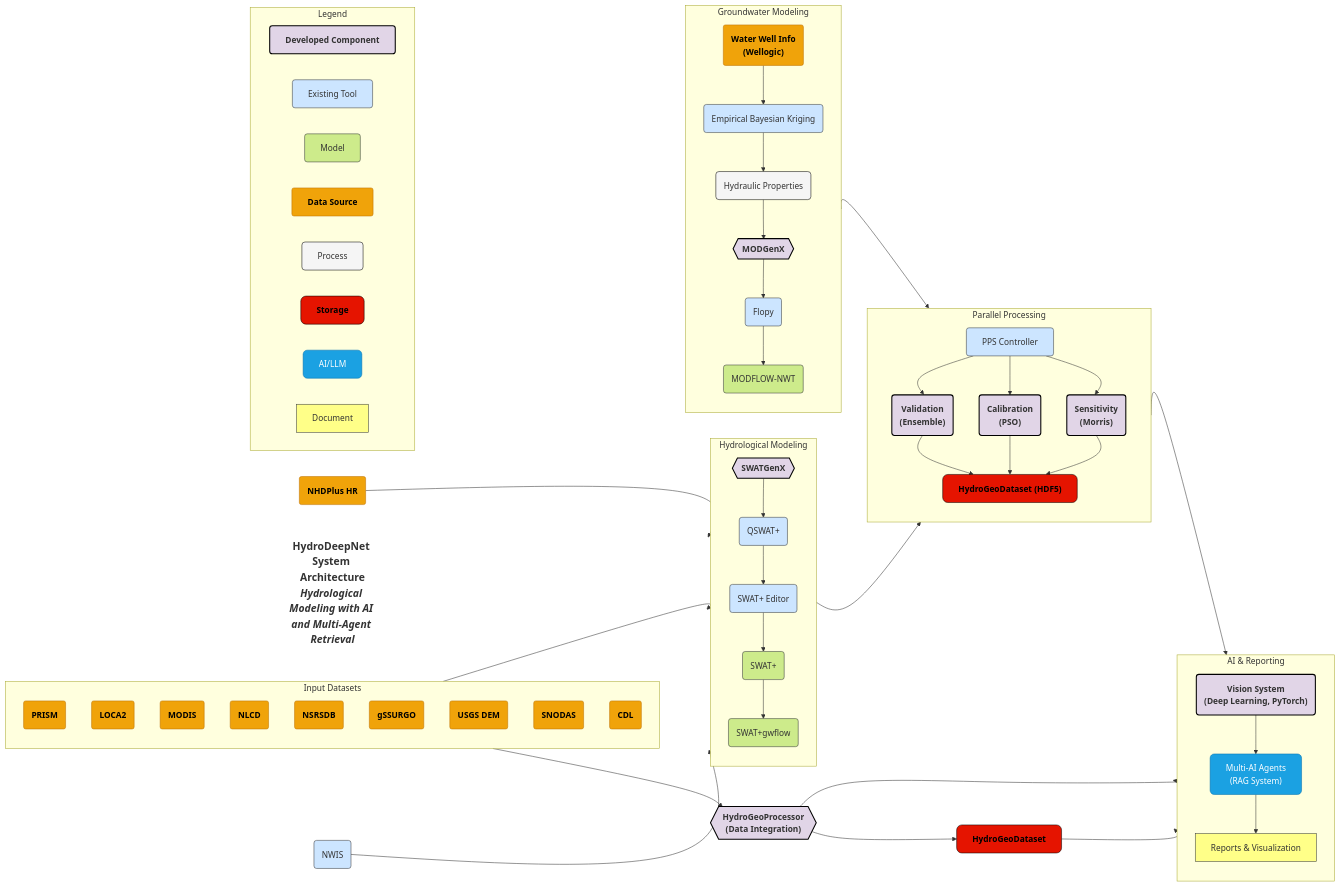
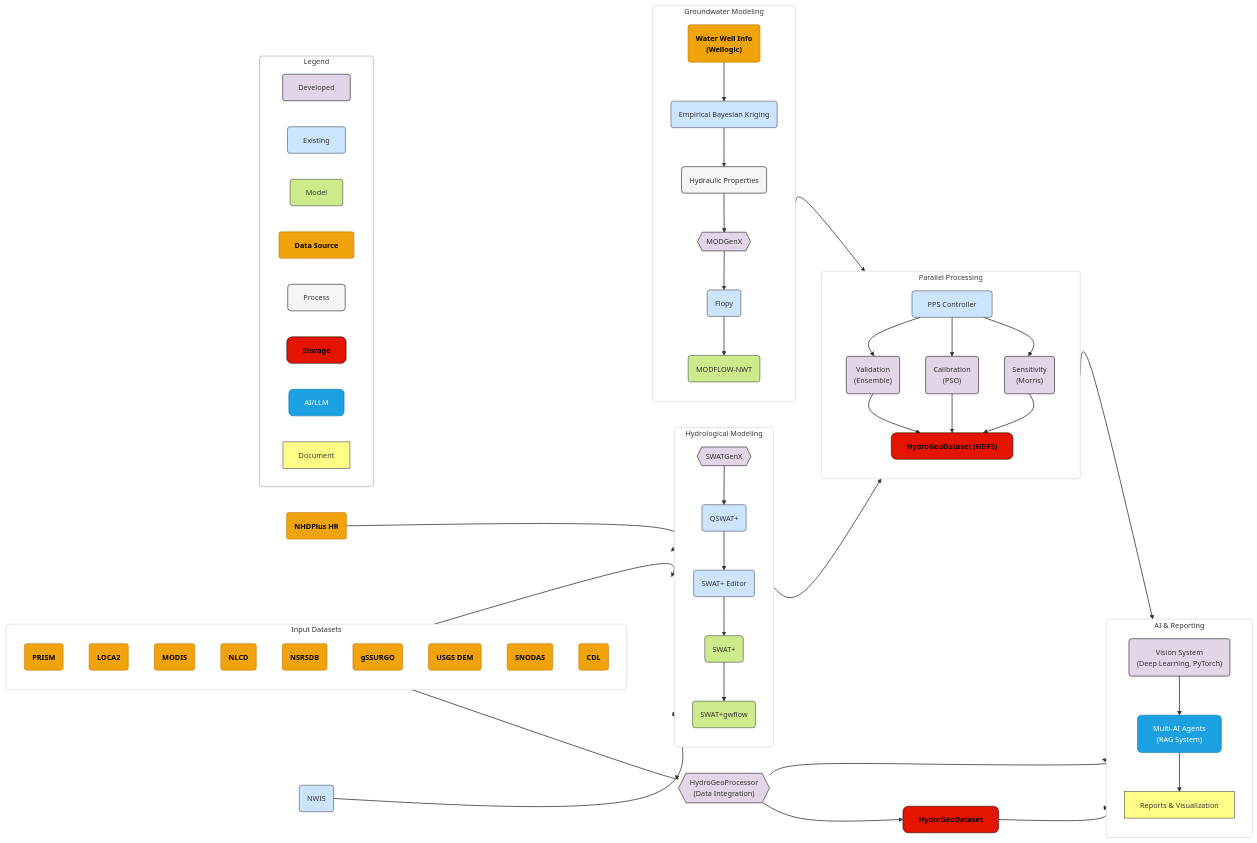
Before and after one commit to VahidMSU/HydroDeepNet: the diagram in README.md, drawn with Mermaid.

Commit message:
Fix Mermaid rendering issue

````diff
--- a/README.md
+++ b/README.md
@@ -1,131 +1,164 @@
 ```mermaid
-%%{init: {'theme': 'default', 'flowchart': {'curve': 'natural', 'diagramPadding': 20}, 'themeVariables': {'fontSize': '16px', 'fontFamily': 'arial'}}}%%
+%%{init: {
+  'theme': 'default',
+  'flowchart': {
+    'curve': 'natural',
+    'diagramPadding': 10
+  },
+  'themeVariables': {
+    'fontSize': '14px',
+    'fontFamily': 'arial'
+  }
+}}%%
 graph LR
-    title["<b>HydroDeepNet System Architecture</b><br><i>Hydrological Modeling with AI and Multi-Agent Retrieval</i>"]:::title
+linkStyle default stroke:#333,stroke-width:1.5px
 
-    %% 1. INPUT DATASETS
-    subgraph Input_Datasets["Input Datasets"]
-    direction TB
-        PRISM("PRISM"):::datasource
-        LOCA2("LOCA2"):::datasource
-        MODIS("MODIS"):::datasource
-        NLCD("NLCD"):::datasource
-        NSRSDB("NSRSDB"):::datasource
-        gSSURGO("gSSURGO"):::datasource
-        USGSDEM("USGS DEM"):::datasource
-        SNODAS("SNODAS"):::datasource
-        CDL("CDL"):::datasource
-    end
+%% ---------------------
+%% 1. INPUT DATASETS
+%% ---------------------
+subgraph Input_Datasets["Input Datasets"]
+direction TB
+    PRISM("PRISM"):::datasource
+    LOCA2("LOCA2"):::datasource
+    MODIS("MODIS"):::datasource
+    NLCD("NLCD"):::datasource
+    NSRSDB("NSRSDB"):::datasource
+    gSSURGO("gSSURGO"):::datasource
+    USGSDEM("USGS DEM"):::datasource
+    SNODAS("SNODAS"):::datasource
+    CDL("CDL"):::datasource
+end
 
-    %% 2. DATA INTEGRATION
-    HydroGeoProcessor{{"HydroGeoProcessor<br>(Data Integration)"}}:::developed
-    hydroGeoDatasetCyl["HydroGeoDataset"]:::storage
+%% Data Integration
+HydroGeoProcessor{{"HydroGeoProcessor<br>(Data Integration)"}}:::developed
+hydroGeoDatasetCyl["HydroGeoDataset"]:::storage
 
-    %% Additional Data Inputs
-    NWIS("NWIS"):::existing
-    NHDPlusHR("NHDPlus HR"):::datasource
+%% Additional Data Inputs
+NWIS("NWIS"):::existing
+NHDPlusHR("NHDPlus HR"):::datasource
 
-    %% 3. HYDROLOGICAL MODELING
-    subgraph Hydrological_Modeling["Hydrological Modeling"]
-    direction TB
-        SWATGenX{{SWATGenX}}:::developed
-        QSWATPlus("QSWAT+"):::existing
-        SWATPlusEditor("SWAT+ Editor"):::existing
-        SWATPlus("SWAT+"):::models
-        SWATPlusGwflow("SWAT+gwflow"):::models
-    end
+%% ---------------------
+%% 2. HYDROLOGICAL MODELING
+%% ---------------------
+subgraph Hydrological_Modeling["Hydrological Modeling"]
+direction TB
+    SWATGenX{{SWATGenX}}:::developed
+    QSWATPlus("QSWAT+"):::existing
+    SWATPlusEditor("SWAT+ Editor"):::existing
+    SWATPlus("SWAT+"):::models
+    SWATPlusGwflow("SWAT+gwflow"):::models
+end
 
-    %% GROUNDWATER MODELING
-    subgraph Groundwater_Modeling["Groundwater Modeling"]
-    direction TB
-        WellInfo("Water Well Info<br>(Wellogic)"):::datasource
-        EBK("Empirical Bayesian Kriging"):::existing
-        HydraulicProps("Hydraulic Properties"):::process
-        MODGenX{{MODGenX}}:::developed
-        Flopy("Flopy"):::existing
-        MODFLOWNWT("MODFLOW-NWT"):::models
-    end
+%% ---------------------
+%% 3. GROUNDWATER MODELING
+%% ---------------------
+subgraph Groundwater_Modeling["Groundwater Modeling"]
+direction TB
+    WellInfo("Water Well Info<br>(Wellogic)"):::datasource
+    EBK("Empirical Bayesian Kriging"):::existing
+    HydraulicProps("Hydraulic Properties"):::process
+    MODGenX{{MODGenX}}:::developed
+    Flopy("Flopy"):::existing
+    MODFLOWNWT("MODFLOW-NWT"):::models
+end
 
-    %% 4. PARALLEL PROCESSING
-    subgraph Parallel_Processing["Parallel Processing"]
-    direction TB
-        PPS["PPS Controller"]:::existing
-        Validation("Validation<br>(Ensemble)"):::developed
-        Calibration("Calibration<br>(PSO)"):::developed
-        Sensitivity("Sensitivity<br>(Morris)"):::developed
-        hydroGeoHDFCyl["HydroGeoDataset (HDF5)"]:::storage
-    end
+%% ---------------------
+%% 4. PARALLEL PROCESSING
+%% ---------------------
+subgraph Parallel_Processing["Parallel Processing"]
+direction TB
+    PPS["PPS Controller"]:::existing
+    Validation("Validation<br>(Ensemble)"):::developed
+    Calibration("Calibration<br>(PSO)"):::developed
+    Sensitivity("Sensitivity<br>(Morris)"):::developed
+    hydroGeoHDFCyl["HydroGeoDataset (HDF5)"]:::storage
+end
 
-    %% 5. AI & REPORTING
-    subgraph AI_Reporting["AI & Reporting"]
-    direction TB
-        VisionSystem("Vision System<br>(Deep Learning, PyTorch)"):::developed
-        MultiAI["Multi-AI Agents<br>(RAG System)"]:::llm
-        Reports["Reports & Visualization"]:::document
-    end
+%% ---------------------
+%% 5. AI & REPORTING
+%% ---------------------
+subgraph AI_Reporting["AI & Reporting"]
+direction TB
+    VisionSystem("Vision System<br>(Deep Learning, PyTorch)"):::developed
+    MultiAI["Multi-AI Agents<br>(RAG System)"]:::llm
+    Reports["Reports & Visualization"]:::document
+end
 
-    %% ---- EDGES / CONNECTIONS ----
+%% ---------------------
+%% EDGES / CONNECTIONS
+%% ---------------------
+%% (A) Input -> Processor
+Input_Datasets --> HydroGeoProcessor
+HydroGeoProcessor --> hydroGeoDatasetCyl
 
-    %% (A) Input to Data Processor
-    Input_Datasets --> HydroGeoProcessor
-    HydroGeoProcessor --> hydroGeoDatasetCyl
+%% (B) Additional Data -> SWATGenX
+Input_Datasets --> SWATGenX
+NWIS --> SWATGenX
+NHDPlusHR --> SWATGenX
 
-    %% (B) Data to SWATGenX
-    Input_Datasets --> SWATGenX
-    NWIS --> SWATGenX
-    NHDPlusHR --> SWATGenX
+%% (C) Hydrological Modeling Flow
+SWATGenX --> QSWATPlus
+QSWATPlus --> SWATPlusEditor
+SWATPlusEditor --> SWATPlus
+SWATPlus --> SWATPlusGwflow
 
-    %% (C) Hydrological Modeling Flow
-    SWATGenX --> QSWATPlus
-    QSWATPlus --> SWATPlusEditor
-    SWATPlusEditor --> SWATPlus
-    SWATPlus --> SWATPlusGwflow
+%% (D) Groundwater Modeling Flow
+WellInfo --> EBK
+EBK --> HydraulicProps
+HydraulicProps --> MODGenX
+MODGenX --> Flopy
+Flopy --> MODFLOWNWT
 
-    %% (D) Groundwater Modeling Flow
-    WellInfo --> EBK
-    EBK --> HydraulicProps
-    HydraulicProps --> MODGenX
-    MODGenX --> Flopy
-    Flopy --> MODFLOWNWT
+%% (E) Parallel Processing Flow
+SWATPlusGwflow --> PPS
+MODFLOWNWT --> PPS
+PPS --> Validation
+PPS --> Calibration
+PPS --> Sensitivity
+Validation --> hydroGeoHDFCyl
+Calibration --> hydroGeoHDFCyl
+Sensitivity --> hydroGeoHDFCyl
 
-    %% (E) Parallel Processing Flow
-    SWATPlusGwflow --> PPS
-    MODFLOWNWT --> PPS
-    PPS --> Validation
-    PPS --> Calibration
-    PPS --> Sensitivity
-    Validation --> hydroGeoHDFCyl
-    Calibration --> hydroGeoHDFCyl
-    Sensitivity --> hydroGeoHDFCyl
+%% (F) AI & Reporting Flow
+hydroGeoDatasetCyl --> VisionSystem
+VisionSystem --> MultiAI
+hydroGeoHDFCyl --> MultiAI
+HydroGeoProcessor --> MultiAI
+MultiAI --> Reports
 
-    %% (F) AI & Reporting Flow
-    hydroGeoDatasetCyl --> VisionSystem
-    VisionSystem --> MultiAI
-    hydroGeoHDFCyl --> MultiAI
-    HydroGeoProcessor --> MultiAI
-    MultiAI --> Reports
+%% ---------------------
+%% LEGEND (SMALLER BOX)
+%% ---------------------
+subgraph Legend["Legend"]
+direction LR
+DevComp["Developed"]:::developed
+ExistTool["Existing"]:::existing
+ModelNode["Model"]:::models
+DataSrc["Data Source"]:::datasource
+ProcNode["Process"]:::process
+StorNode["Storage"]:::storage
+AIComp["AI/LLM"]:::llm
+DocNode["Document"]:::document
+end
 
-    %% LEGEND
-    subgraph Legend["Legend"]
-    direction LR
-        dev["Developed Component"]:::developed
-        ex["Existing Tool"]:::existing
-        mod["Model"]:::models
-        ds["Data Source"]:::datasource
-        proc["Process"]:::process
-        stor["Storage"]:::storage
-        ai["AI/LLM"]:::llm
-        doc["Document"]:::document
-    end
+%% Minimal styling for subgraphs
+style Input_Datasets fill:#fff,stroke:#ccc,stroke-width:1px,rx:5,ry:5
+style Hydrological_Modeling fill:#fff,stroke:#ccc,stroke-width:1px,rx:5,ry:5
+style Groundwater_Modeling fill:#fff,stroke:#ccc,stroke-width:1px,rx:5,ry:5
+style Parallel_Processing fill:#fff,stroke:#ccc,stroke-width:1px,rx:5,ry:5
+style AI_Reporting fill:#fff,stroke:#ccc,stroke-width:1px,rx:5,ry:5
+style Legend fill:#fff,stroke:#999,stroke-width:1px,rx:5,ry:5
 
-    %% STYLING
-    classDef title font-size:20px,fill:none,stroke:none,font-weight:bold,text-align:center
-    classDef developed fill:#e1d5e7,stroke:#000000,stroke-width:2px,rx:5,ry:5,font-weight:bold
-    classDef existing fill:#cce5ff,stroke:#36393d,stroke-width:1px,rx:5,ry:5
-    classDef models fill:#cdeb8b,stroke:#36393d,stroke-width:1px,rx:5,ry:5
-    classDef datasource fill:#f0a30a,stroke:#BD7000,stroke-width:1px,rx:4,ry:4,color:#000000,font-weight:bold
-    classDef process fill:#f5f5f5,stroke:#000000,stroke-width:1px,rx:6,ry:6
-    classDef storage fill:#e51400,stroke:#000000,stroke-width:1px,rx:10,ry:10,color:#000000,font-weight:bold
-    classDef llm fill:#1ba1e2,stroke:#006EAF,stroke-width:1px,rx:8,ry:8,color:white
-    classDef document fill:#ffff88,stroke:#36393d,stroke-width:1px
+%% Title styling
+classDef title font-size:18px,fill:none,stroke:none,font-weight:bold,text-align:center
+
+%% Node class styling
+classDef developed fill:#e1d5e7,stroke:#000000,stroke-width:1px,rx:5,ry:5
+classDef existing fill:#cce5ff,stroke:#36393d,stroke-width:1px,rx:5,ry:5
+classDef models fill:#cdeb8b,stroke:#36393d,stroke-width:1px,rx:5,ry:5
+classDef datasource fill:#f0a30a,stroke:#BD7000,stroke-width:1px,rx:4,ry:4,color:#000000,font-weight:bold
+classDef process fill:#f5f5f5,stroke:#000000,stroke-width:1px,rx:6,ry:6
+classDef storage fill:#e51400,stroke:#000000,stroke-width:1px,rx:10,ry:10,color:#000000,font-weight:bold
+classDef llm fill:#1ba1e2,stroke:#006EAF,stroke-width:1px,rx:8,ry:8,color:white
+classDef document fill:#ffff88,stroke:#36393d,stroke-width:1px
 ```
````
